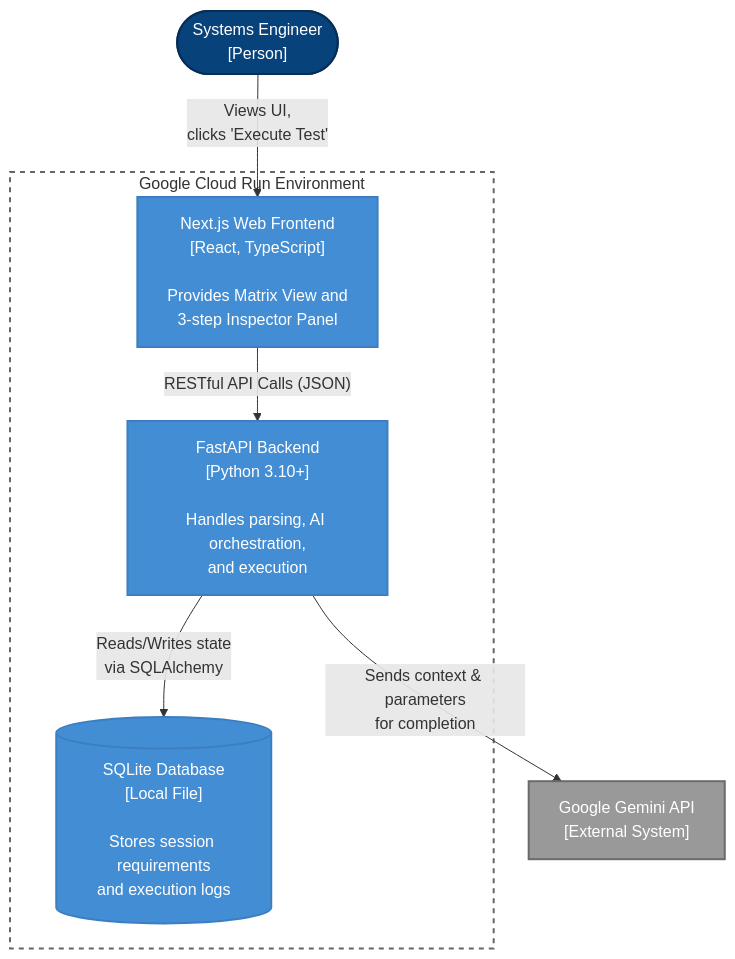
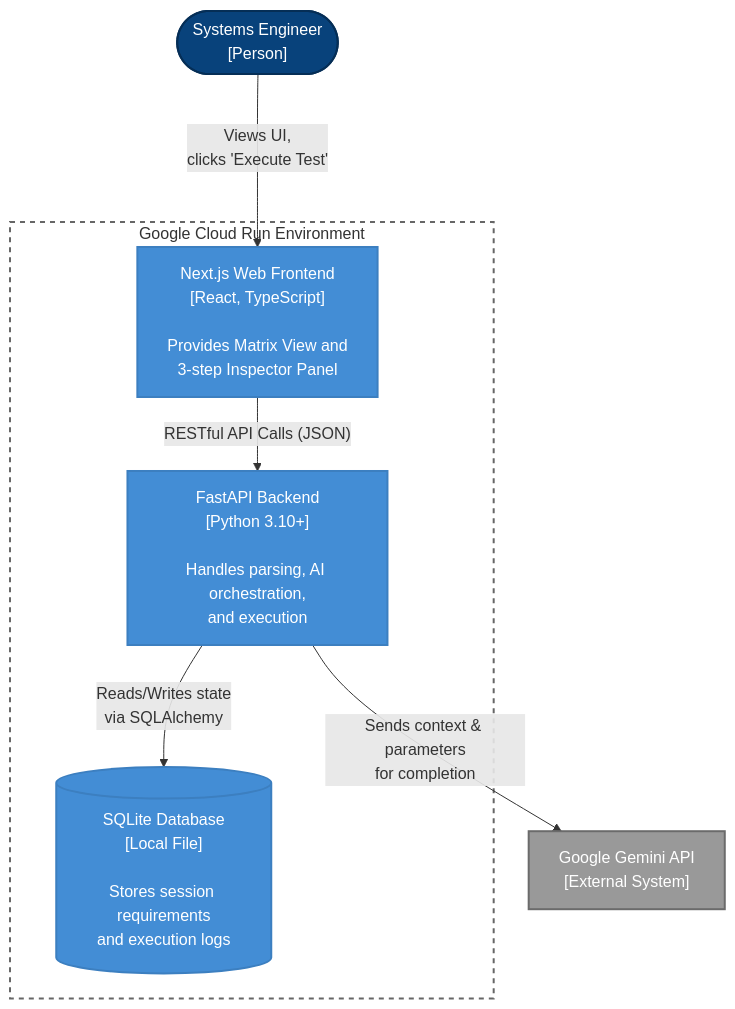
Before and after one commit to camirian/agentic-systems-verifier: the second of 3 diagrams in ARCHITECTURE.md, drawn with Mermaid.

Commit message:
docs: Increase edge rank distance to prevent label overlap with subgraph boundaries

````diff
--- a/ARCHITECTURE.md
+++ b/ARCHITECTURE.md
@@ -30,23 +30,23 @@
 ```mermaid
 flowchart TD
     classDef person fill:#08427b,color:#fff,stroke:#052e56,stroke-width:2px
     classDef container fill:#438dd5,color:#fff,stroke:#3c7fc0,stroke-width:2px
     classDef ext_system fill:#999999,color:#fff,stroke:#6b6b6b,stroke-width:2px
     classDef db fill:#438dd5,color:#fff,stroke:#3c7fc0,stroke-width:2px
 
     SysEng(["Systems Engineer<br>[Person]"]):::person
     GeminiAPI["Google Gemini API<br>[External System]"]:::ext_system
 
     subgraph CloudRun ["Google Cloud Run Environment"]
         Frontend["Next.js Web Frontend<br>[React, TypeScript]<br><br>Provides Matrix View and<br>3-step Inspector Panel"]:::container
         Backend["FastAPI Backend<br>[Python 3.10+]<br><br>Handles parsing, AI orchestration,<br>and execution"]:::container
         Database[("SQLite Database<br>[Local File]<br><br>Stores session requirements<br>and execution logs")]:::db
     end
 
-    SysEng -->|"Views UI,<br>clicks 'Execute Test'"| Frontend
+    SysEng --->|"Views UI,<br>clicks 'Execute Test'"| Frontend
     Frontend -->|"RESTful API Calls (JSON)"| Backend
     Backend -->|"Reads/Writes state<br>via SQLAlchemy"| Database
     Backend -->|"Sends context & parameters<br>for completion"| GeminiAPI
     
     style CloudRun fill:none,stroke:#666,stroke-width:2px,stroke-dasharray: 5 5
 ```
````
